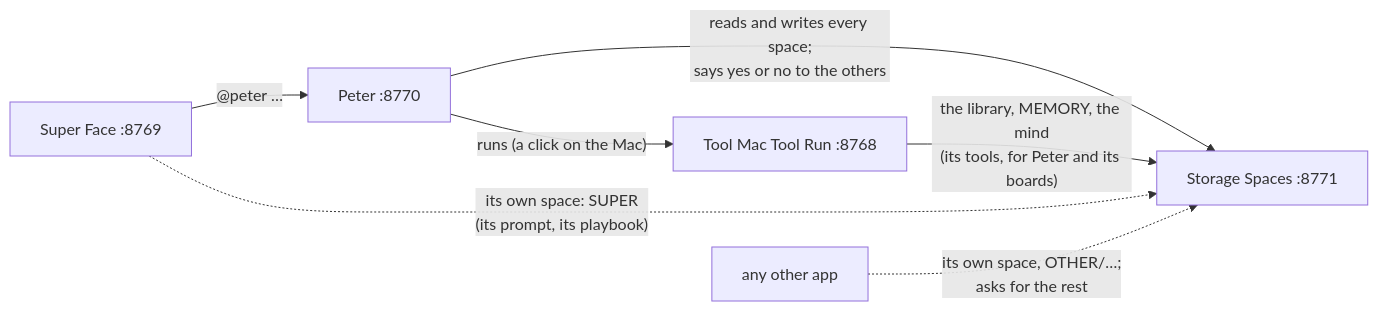
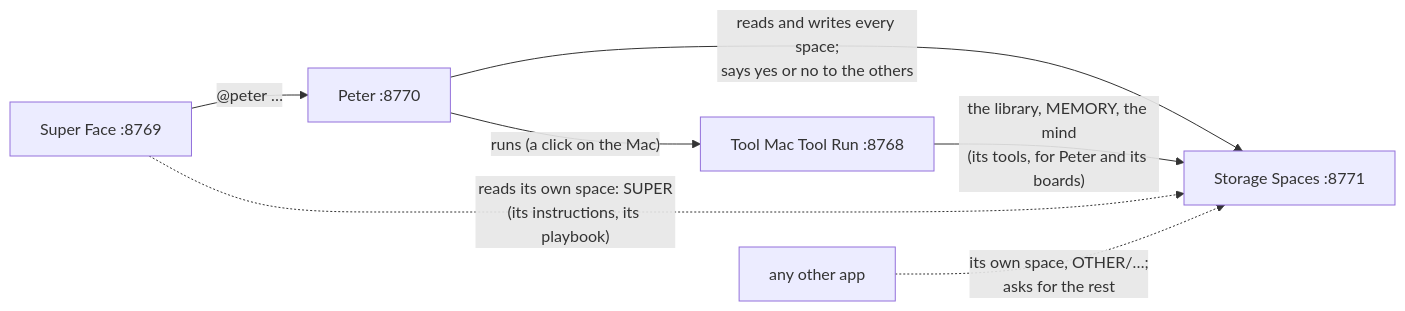
The diagram in ARCHITECTURE.md (ainigh/tool-mac-tool-run-storage-spaces), drawn with Mermaid before and after one commit. The commit also changed other lines of this file, not shown here.

First line of the commit message:
ARCHITECTURE.md: Super Face reads its own notes from SUPER (done)

````diff
--- a/ARCHITECTURE.md
+++ b/ARCHITECTURE.md
@@ -12,9 +12,9 @@
 ```mermaid
 flowchart LR
     SF["Super Face :8769"] -- "@peter …" --> P["Peter :8770"]
     P -- "runs (a click on the Mac)" --> T["Tool Mac Tool Run :8768"]
     P -- "reads and writes every space;<br/>says yes or no to the others" --> S["Storage Spaces :8771"]
     T -- "the library, MEMORY, the mind<br/>(its tools, for Peter and its boards)" --> S
-    SF -. "its own space: SUPER<br/>(its prompt, its playbook)" .-> S
+    SF -. "reads its own space: SUPER<br/>(its instructions, its playbook)" .-> S
     O["any other app"] -. "its own space, OTHER/…;<br/>asks for the rest" .-> S
 ```
````
